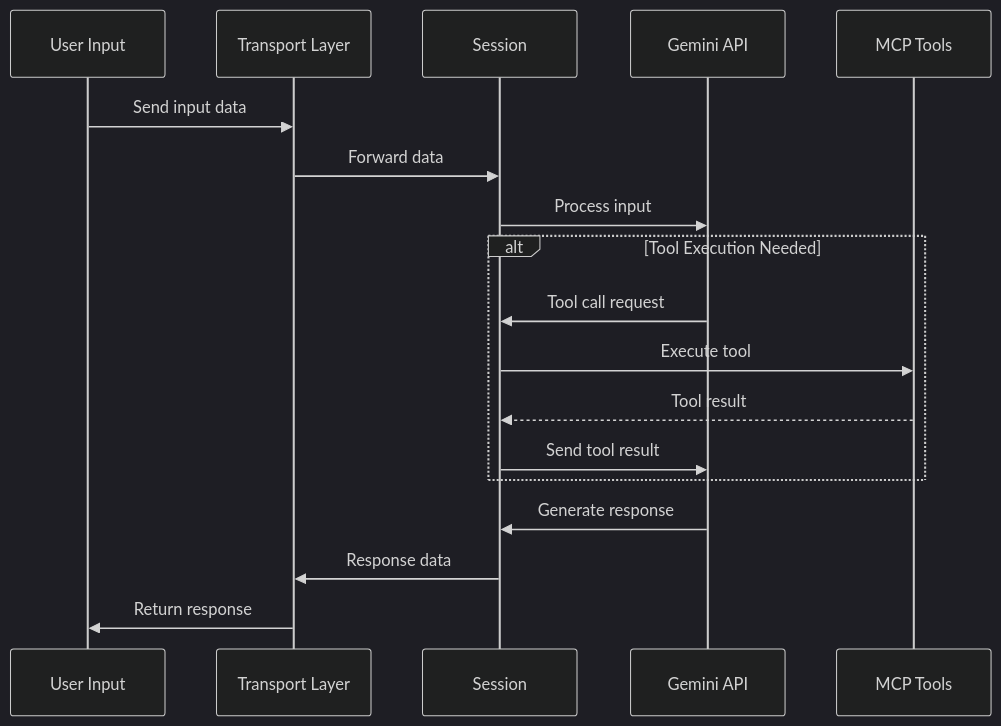
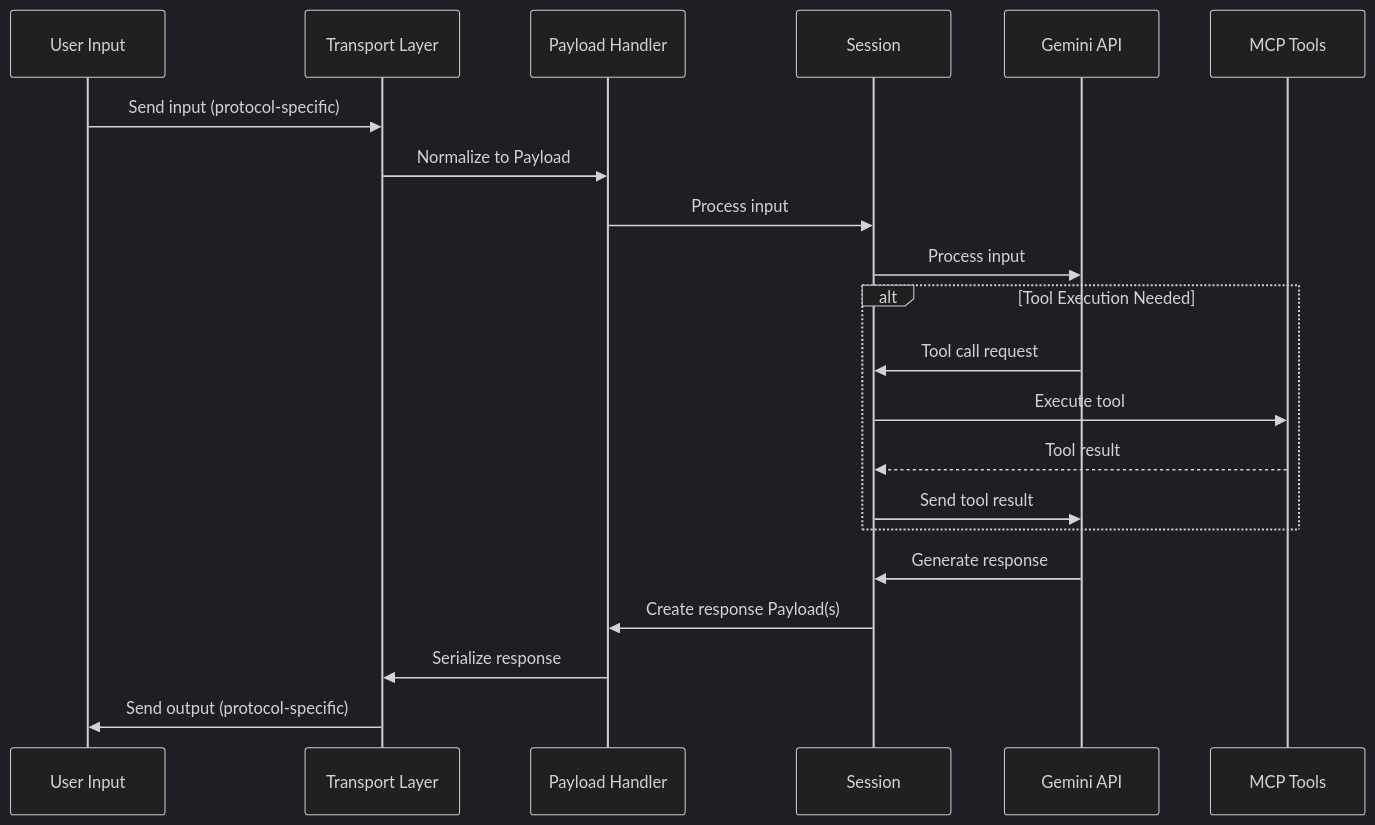
The fifth of 7 diagrams in docs/Architecture.md (cyra-ai/cyra), drawn with Mermaid (dark theme) before and after one commit. The commit also changed other lines of this file and 4 other files, not shown here.

````diff
--- a/docs/Architecture.md
+++ b/docs/Architecture.md
@@ -173,21 +181,24 @@
 ```mermaid
 sequenceDiagram
     participant User as User Input
     participant Transport as Transport Layer
+    participant Payload as Payload Handler
     participant Session as Session
     participant Gemini as Gemini API
     participant MCP as MCP Tools
 
-    User->>Transport: Send input data
-    Transport->>Session: Forward data
+    User->>Transport: Send input (protocol-specific)
+    Transport->>Payload: Normalize to Payload
+    Payload->>Session: Process input
     Session->>Gemini: Process input
     alt Tool Execution Needed
         Gemini->>Session: Tool call request
         Session->>MCP: Execute tool
         MCP-->>Session: Tool result
         Session->>Gemini: Send tool result
     end
     Gemini->>Session: Generate response
-    Session->>Transport: Response data
-    Transport->>User: Return response
+    Session->>Payload: Create response Payload(s)
+    Payload->>Transport: Serialize response
+    Transport->>User: Send output (protocol-specific)
 ```
````
